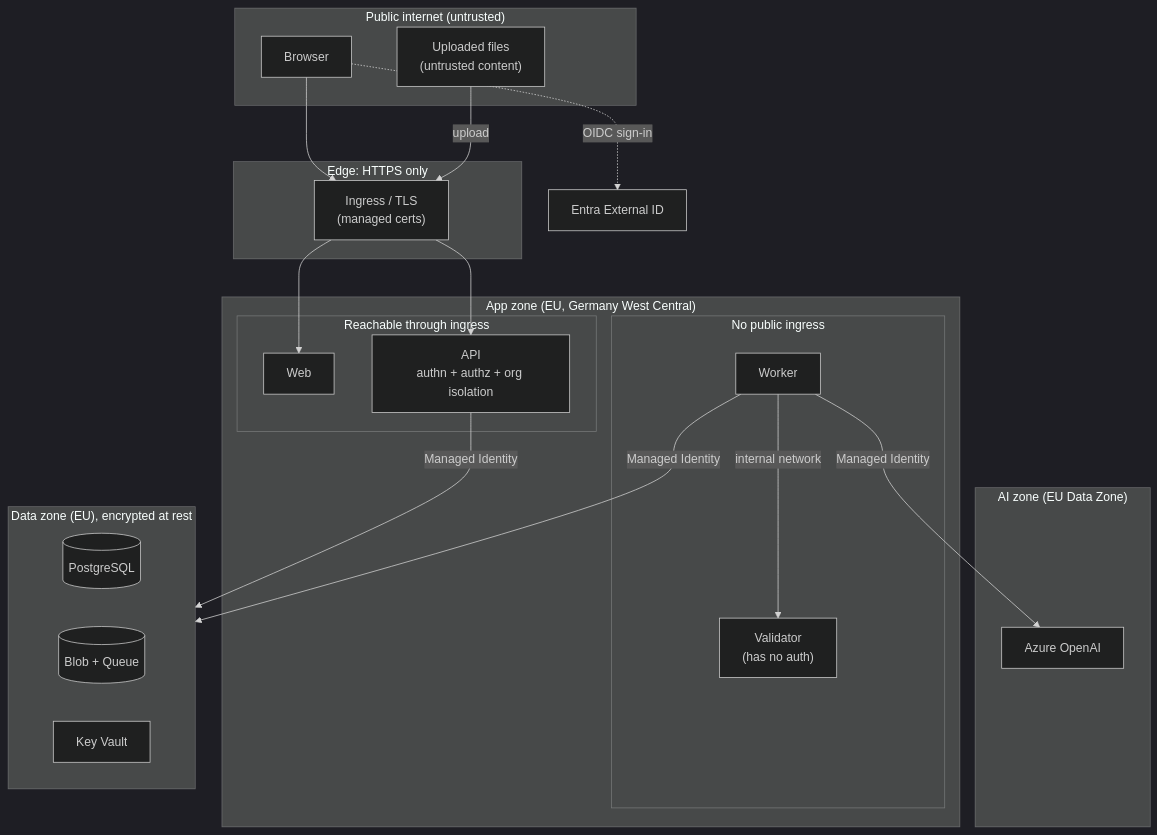
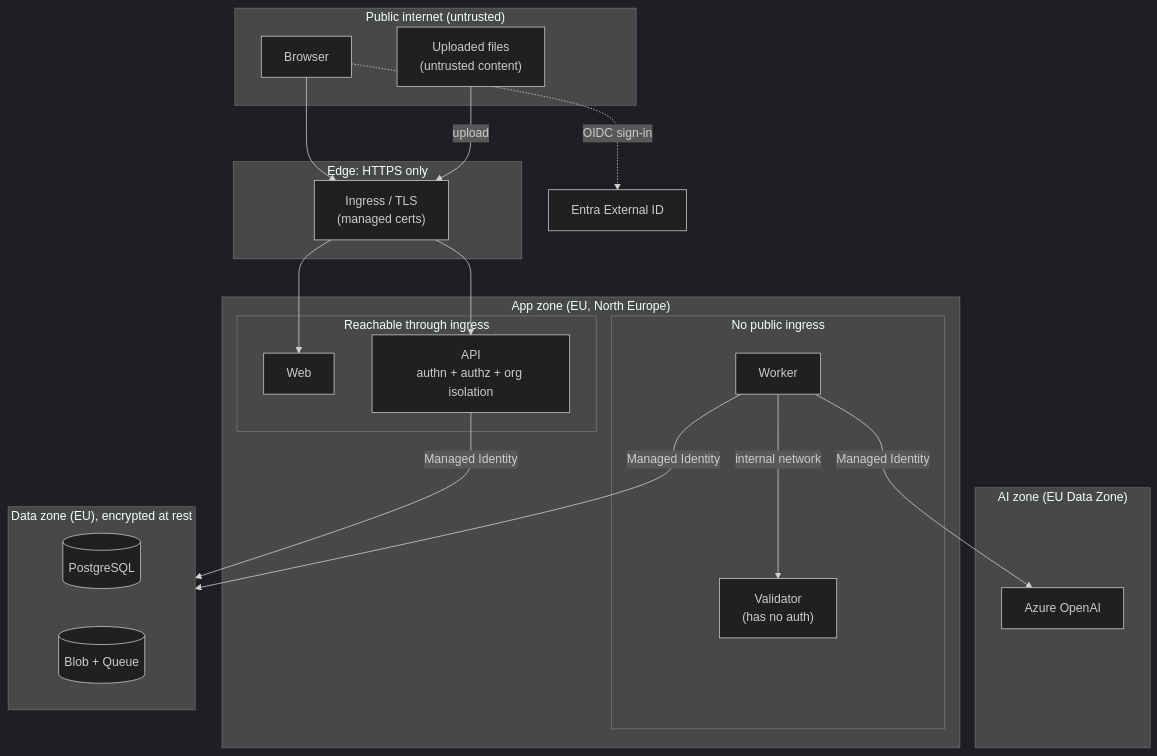
The sixth of 9 diagrams in docs/ARCHITECTURE.md (LomadaDharmateja/belegfluss), drawn with Mermaid (dark theme) before and after one commit. The commit also changed other lines of this file and 7 other files, not shown here.

Commit message:
docs(m4a): milestone page, architecture as built, costs, plan, log, screenshots

````diff
--- a/docs/ARCHITECTURE.md
+++ b/docs/ARCHITECTURE.md
@@ -297,39 +297,38 @@
 ```mermaid
 flowchart TB
     subgraph internet["Public internet (untrusted)"]
         browser["Browser"]
         files["Uploaded files<br/>(untrusted content)"]
     end
     idp["Entra External ID"]
     subgraph edge["Edge: HTTPS only"]
         ingress["Ingress / TLS<br/>(managed certs)"]
     end
-    subgraph appzone["App zone (EU, Germany West Central)"]
+    subgraph appzone["App zone (EU, North Europe)"]
         subgraph public["Reachable through ingress"]
             web["Web"]
             api["API<br/>authn + authz + org isolation"]
         end
         subgraph internal["No public ingress"]
             worker["Worker"]
             validator["Validator<br/>(has no auth)"]
         end
     end
     subgraph aizone["AI zone (EU Data Zone)"]
         aoai["Azure OpenAI"]
     end
     subgraph datazone["Data zone (EU), encrypted at rest"]
         pg[("PostgreSQL")]
         blob[("Blob + Queue")]
-        kv["Key Vault"]
     end
 
     browser --> ingress
     files -- "upload" --> ingress
     browser -. "OIDC sign-in" .-> idp
     ingress --> web
     ingress --> api
     worker -- "internal network" --> validator
     worker -- "Managed Identity" --> aoai
     api -- "Managed Identity" --> datazone
     worker -- "Managed Identity" --> datazone
 ```
````
